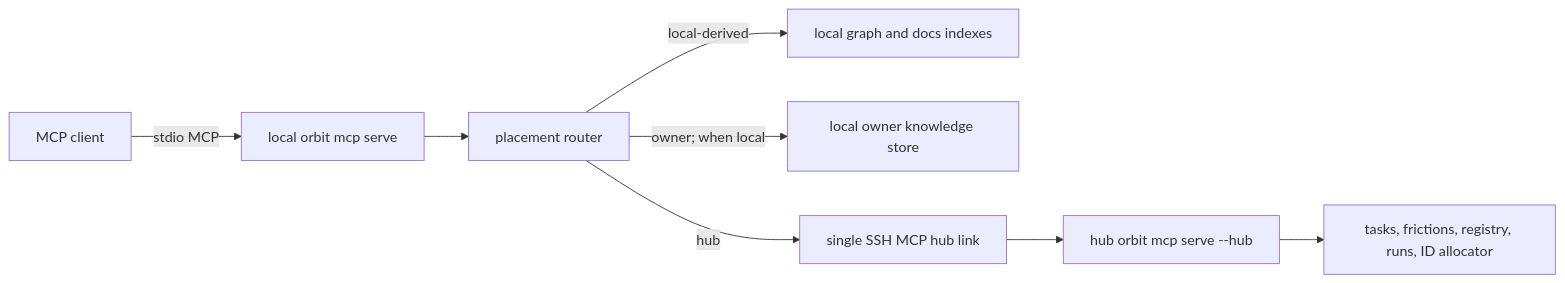
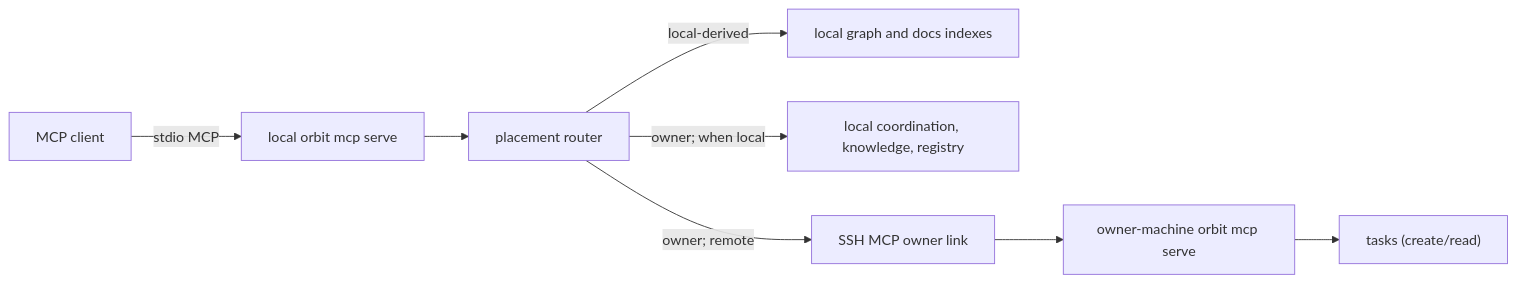
The first of 2 diagrams in docs/design/mcp-bridge/2_design.md (danieljhkim/orbit), drawn with Mermaid before and after one commit. The commit also changed other lines of this file and 15 other files, not shown here.

````diff
--- a/docs/design/mcp-bridge/2_design.md
+++ b/docs/design/mcp-bridge/2_design.md
@@ -140,10 +146,10 @@
 ```mermaid
 flowchart LR
     Client["MCP client"] -->|"stdio MCP"| Broker["local orbit mcp serve"]
     Broker --> Router["placement router"]
     Router -->|"local-derived"| Derived["local graph and docs indexes"]
-    Router -->|"owner; when local"| Knowledge["local owner knowledge store"]
-    Router -->|"hub"| HubLink["single SSH MCP hub link"]
-    HubLink --> HubMcp["hub orbit mcp serve --hub"]
-    HubMcp --> Coordination["tasks, frictions, registry, runs, ID allocator"]
+    Router -->|"owner; when local"| Local["local coordination, knowledge, registry"]
+    Router -->|"owner; remote"| OwnerLink["SSH MCP owner link"]
+    OwnerLink --> OwnerMcp["owner-machine orbit mcp serve"]
+    OwnerMcp --> Coordination["tasks (create/read)"]
 ```
````
